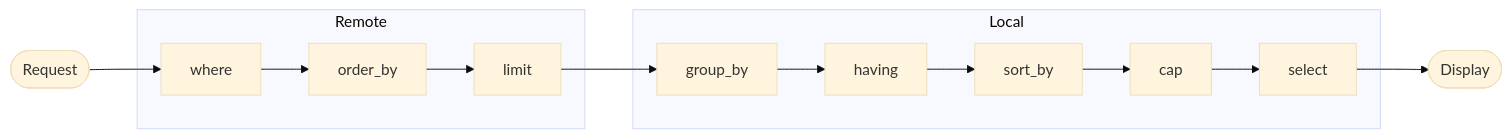
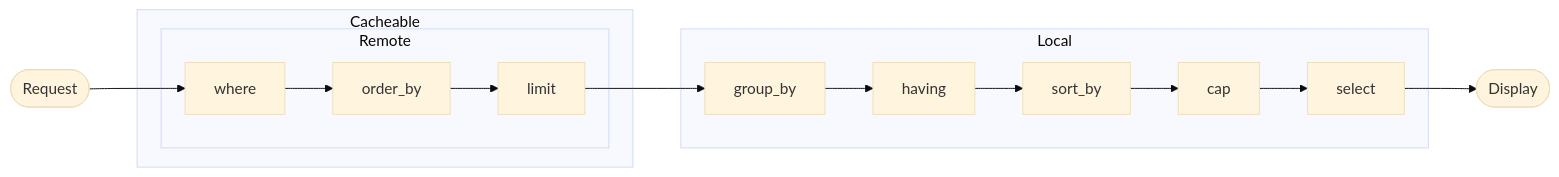
One commit to coddingtonbear/jira-select changed the diagram in docs/query_lifecycle.rst. Above: the diagram before and after it, drawn with Mermaid (base theme). The commit also changed other lines of this file and 6 other files, not shown here.

```diff
--- a/docs/query_lifecycle.rst
+++ b/docs/query_lifecycle.rst
@@ -4,18 +4,20 @@
 .. mermaid::
 
    graph LR
         req([Request])
         req-->where
-        subgraph Remote
-            where-->order_by
-            order_by-->limit
+        subgraph Cacheable
+          subgraph Remote
+              where-->order_by
+              order_by-->limit
+          end
         end
         subgraph Local
             limit-->group_by
             group_by-->having
             having-->sort_by
             sort_by-->cap
             cap-->select
         end
         result([Display])
         select-->result
```
